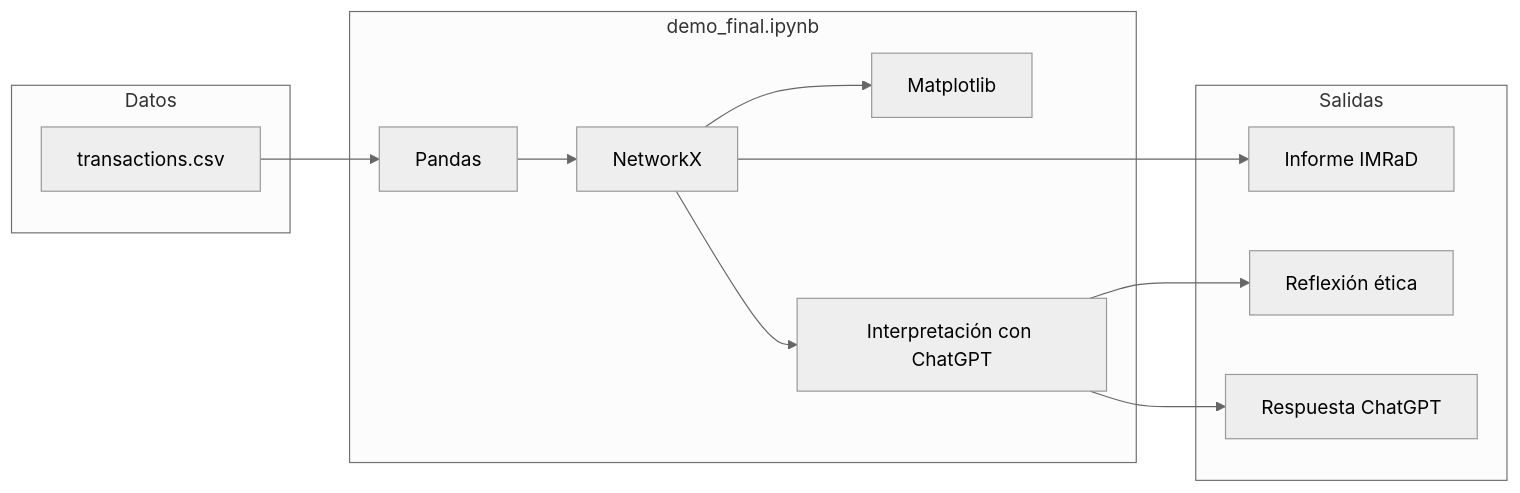
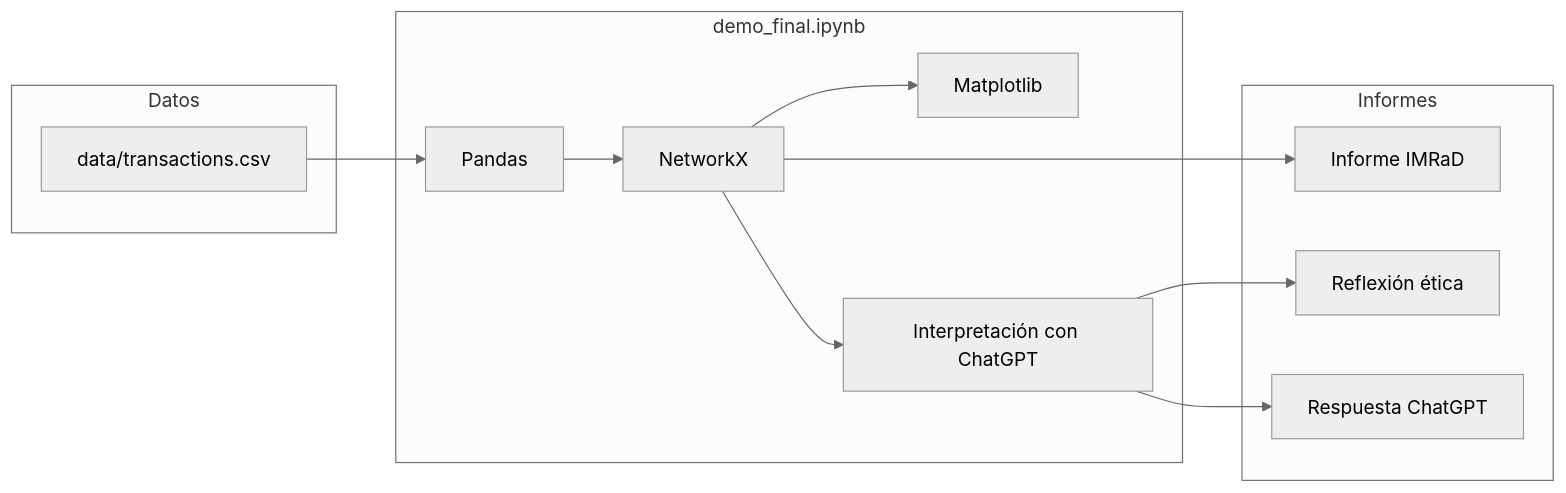
One commit to Claudio1993cg/ethereum-comunidades-ia changed the second of 3 diagrams in README.md. Above: the diagram before and after it, drawn with Mermaid (neutral theme). The commit also changed other lines of this file and 7 other files, not shown here.

First line of the commit message:
Reorganizar el repo: data/, informes/ y rutas claras de carga.

````diff
--- a/README.md
+++ b/README.md
@@ -33,24 +80,24 @@
 ```mermaid
 flowchart LR
     subgraph Datos
-      CSV[transactions.csv]
+      CSV[data/transactions.csv]
     end
     subgraph Notebook[demo_final.ipynb]
       P[Pandas]
       NX[NetworkX]
       PLT[Matplotlib]
       IA[Interpretación con ChatGPT]
     end
-    subgraph Salidas
+    subgraph Informes
       PDF1[Informe IMRaD]
       PDF2[Reflexión ética]
       PDF3[Respuesta ChatGPT]
     end
     CSV --> P
     P --> NX
     NX --> PLT
     NX --> IA
     IA --> PDF3
     NX --> PDF1
     IA --> PDF2
 ```
````
